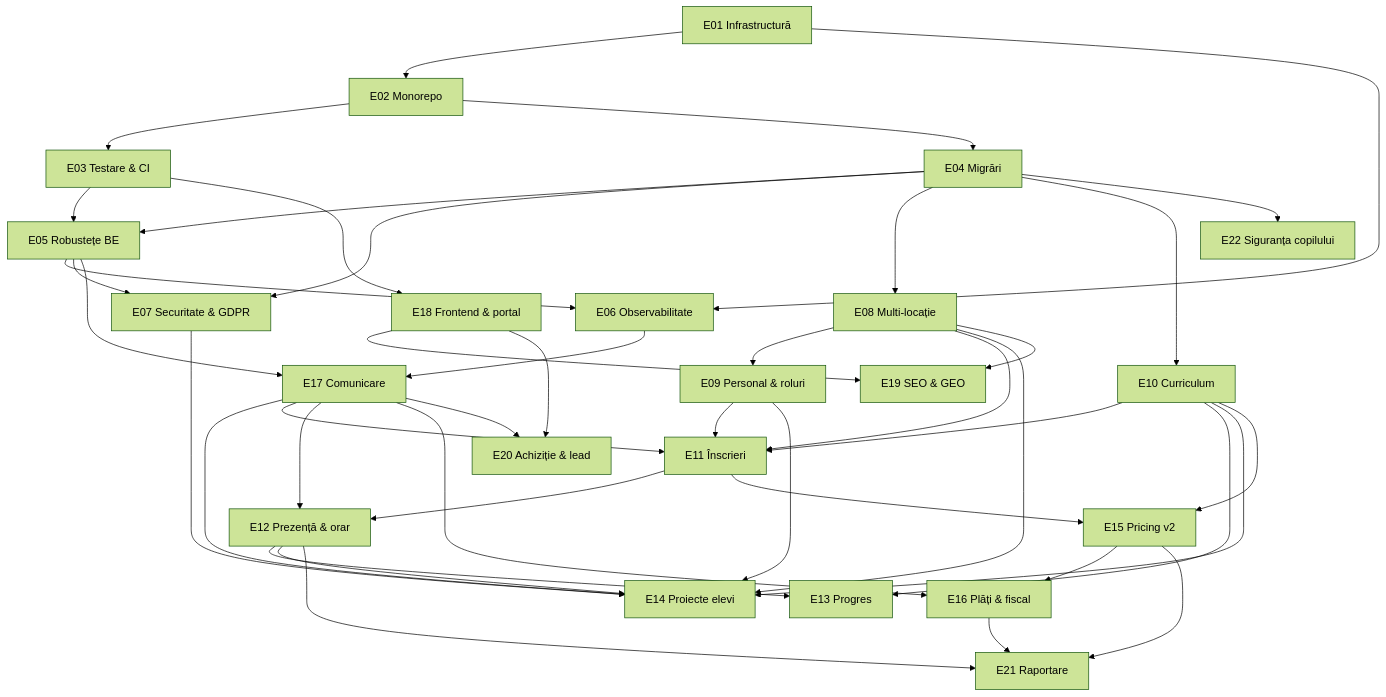
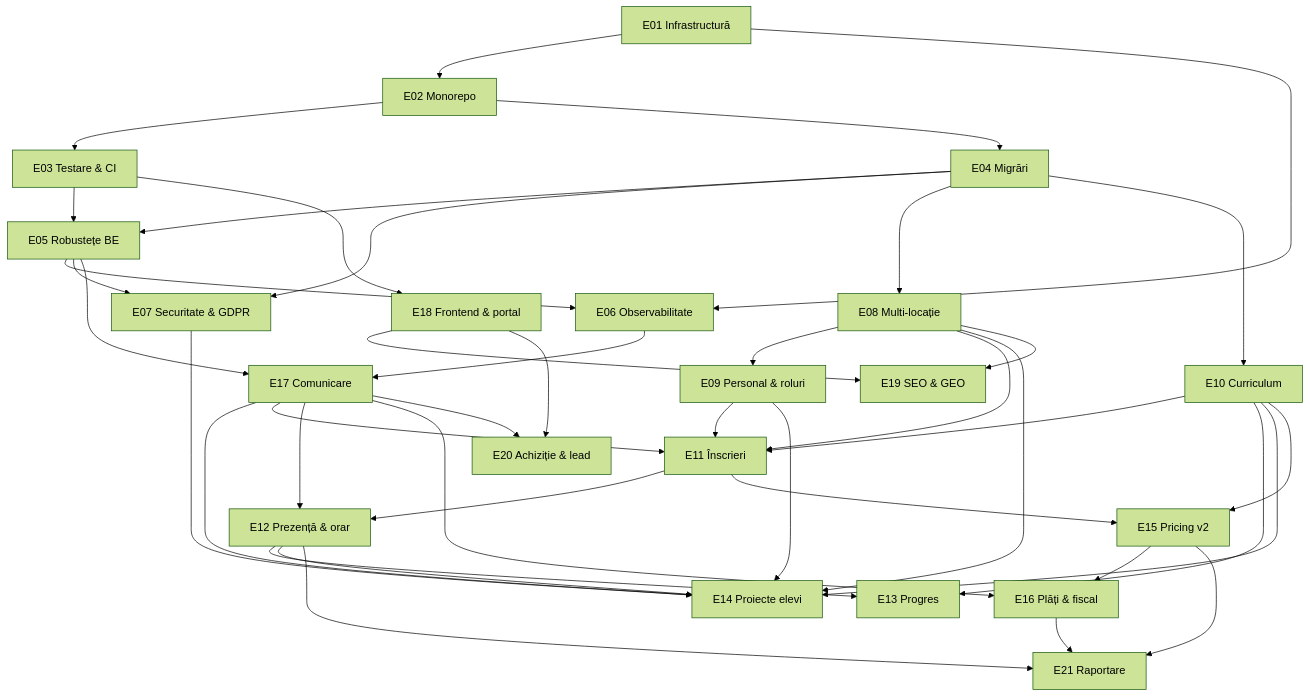
The diagram in docs/epics/README.md (AlexePaul/ITBridge), drawn with Mermaid (forest theme) before and after one commit. The commit also changed other lines of this file and 9 other files, not shown here.

````diff
--- a/docs/epics/README.md
+++ b/docs/epics/README.md
@@ -98,44 +97,43 @@
 ```mermaid
 graph TD
   E01[E01 Infrastructură] --> E02[E02 Monorepo]
   E02 --> E03[E03 Testare & CI]
   E02 --> E04[E04 Migrări]
   E03 --> E05[E05 Robustețe BE]
   E04 --> E05
   E01 --> E06[E06 Observabilitate]
   E05 --> E06
   E04 --> E07[E07 Securitate & GDPR]
   E05 --> E07
   E04 --> E08[E08 Multi-locație]
   E08 --> E09[E09 Personal & roluri]
   E04 --> E10[E10 Curriculum]
   E08 --> E11[E11 Înscrieri]
   E09 --> E11
   E10 --> E11
   E11 --> E12[E12 Prezență & orar]
   E10 --> E13[E13 Progres]
   E12 --> E13
   E07 --> E14[E14 Proiecte elevi]
   E08 --> E14
   E09 --> E14
   E10 --> E14
   E12 --> E14
   E17 --> E14
   E10 --> E15[E15 Pricing v2]
   E11 --> E15
   E15 --> E16[E16 Plăți & fiscal]
   E05 --> E17[E17 Comunicare]
   E06 --> E17
   E17 --> E11
   E17 --> E12
   E17 --> E16
   E03 --> E18[E18 Frontend & portal]
   E08 --> E19[E19 SEO & GEO]
   E18 --> E19
   E17 --> E20[E20 Achiziție & lead]
   E18 --> E20
   E12 --> E21[E21 Raportare]
   E15 --> E21
   E16 --> E21
-  E04 --> E22[E22 Siguranța copilului]
 ```
````
